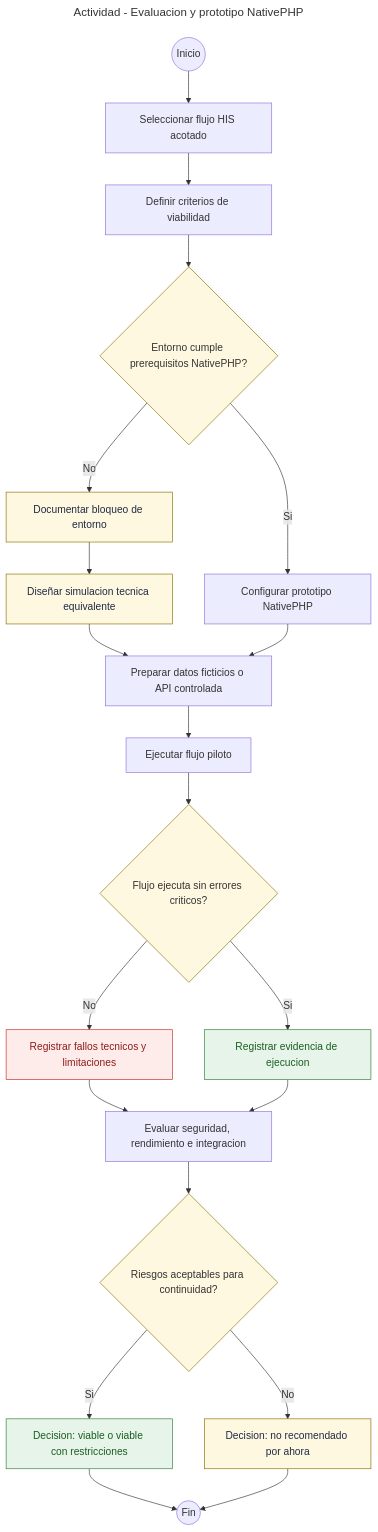
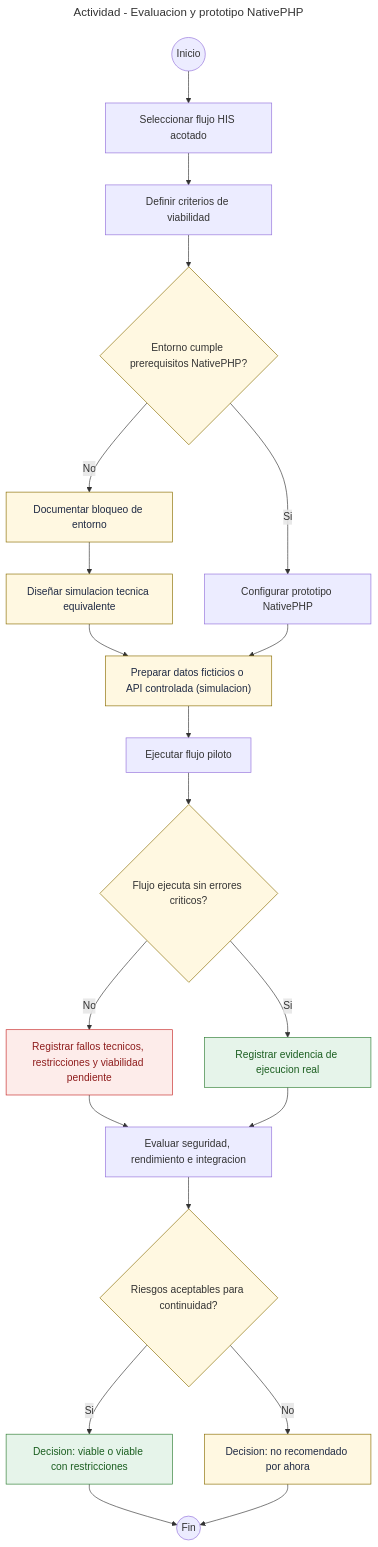
One commit to AxelHerrera11/sistema-hospitalario-integrado changed the diagram in docs/nativephp/semana-01/fuentes/02-actividad.mmd. Above: the diagram before and after it, drawn with Mermaid. The commit also changed 2 other files, not shown here.

Commit message:
docs(semana-1): aclarar evidencia y trazabilidad nativephp

```diff
--- a/docs/nativephp/semana-01/fuentes/02-actividad.mmd
+++ b/docs/nativephp/semana-01/fuentes/02-actividad.mmd
@@ -1,28 +1,28 @@
 ---
 title: "Actividad - Evaluacion y prototipo NativePHP"
 ---
 flowchart TD
   classDef ok fill:#e6f4ea,stroke:#2e7d32,color:#1b5e20
   classDef warn fill:#fff8e1,stroke:#8a6d00,color:#1f2a44
   classDef err fill:#fdecea,stroke:#c62828,color:#8e1c1c
   classDef dec fill:#fff8e1,stroke:#8a6d00
 
   a0((Inicio)) --> a1["Seleccionar flujo HIS acotado"]
   a1 --> a2["Definir criterios de viabilidad"]
   a2 --> a3{"Entorno cumple prerequisitos NativePHP?"}:::dec
   a3 -- No --> b1["Documentar bloqueo de entorno"]:::warn
   b1 --> b2["Diseñar simulacion tecnica equivalente"]:::warn
   a3 -- Si --> a4["Configurar prototipo NativePHP"]
-  b2 --> a5["Preparar datos ficticios o API controlada"]
+  b2 --> a5["Preparar datos ficticios o API controlada (simulacion)"]:::warn
   a4 --> a5
   a5 --> a6["Ejecutar flujo piloto"]
   a6 --> a7{"Flujo ejecuta sin errores criticos?"}:::dec
-  a7 -- No --> e1["Registrar fallos tecnicos y limitaciones"]:::err
-  a7 -- Si --> a8["Registrar evidencia de ejecucion"]:::ok
+  a7 -- No --> e1["Registrar fallos tecnicos, restricciones y viabilidad pendiente"]:::err
+  a7 -- Si --> a8["Registrar evidencia de ejecucion real"]:::ok
   e1 --> a9["Evaluar seguridad, rendimiento e integracion"]
   a8 --> a9
   a9 --> a10{"Riesgos aceptables para continuidad?"}:::dec
   a10 -- Si --> ok1["Decision: viable o viable con restricciones"]:::ok
   a10 -- No --> ok2["Decision: no recomendado por ahora"]:::warn
   ok1 --> fin((Fin))
   ok2 --> fin
```
